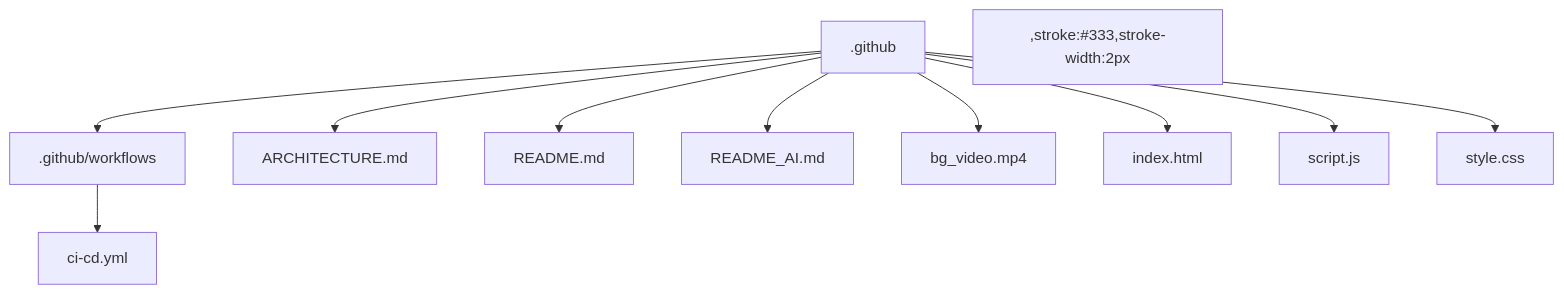
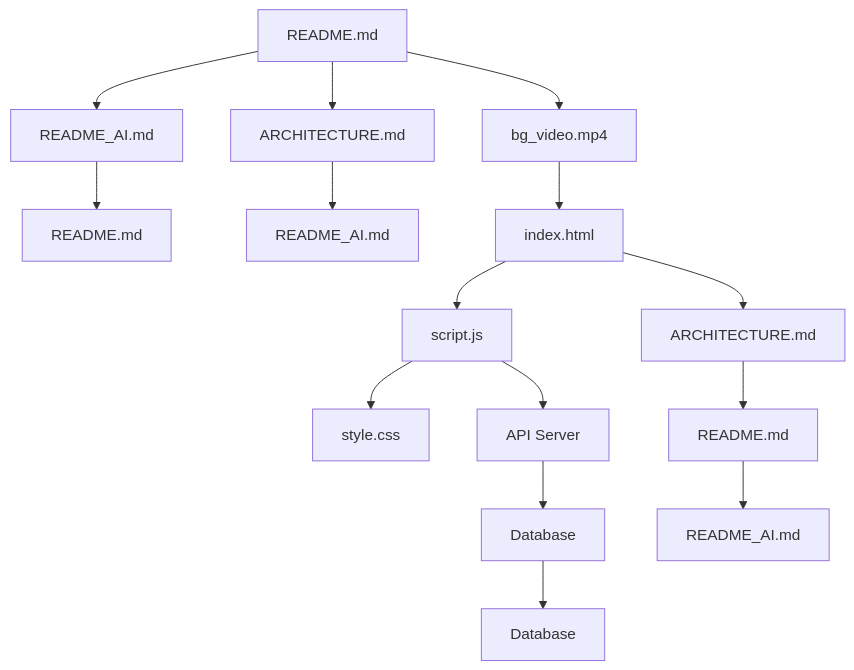
Before and after one commit to nirzaraghure/music-mood-app: the diagram in ARCHITECTURE.md, drawn with Mermaid.

Commit message:
🤖 GitGenius: AI-generated code fix

````diff
--- a/ARCHITECTURE.md
+++ b/ARCHITECTURE.md
@@ -3,21 +3,17 @@
 ```mermaid
 graph TD
-    A[.github] --> B[.github/workflows]
-    B --> C[ci-cd.yml]
-    A --> D[ARCHITECTURE.md]
-    A --> E[README.md]
-    A --> F[README_AI.md]
-    A --> G[bg_video.mp4]
-    A --> H[index.html]
-    A --> I[script.js]
-    A --> J[style.css]
-    ,stroke:#333,stroke-width:2px
-    ,stroke:#333,stroke-width:2px
-    ,stroke:#333,stroke-width:2px
-    ,stroke:#333,stroke-width:2px
-    ,stroke:#333,stroke-width:2px
-    ,stroke:#333,stroke-width:2px
-    ,stroke:#333,stroke-width:2px
-    ,stroke:#333,stroke-width:2px
-    ,stroke:#333,stroke-width:2px
+    A[README.md] --> B[README_AI.md]
+    A --> C[ARCHITECTURE.md]
+    B --> D[README.md]
+    C --> E[README_AI.md]
+    A --> F[bg_video.mp4]
+    F --> G[index.html]
+    G --> H[script.js]
+    H --> I[style.css]
+    G --> J[ARCHITECTURE.md]
+    J --> K[README.md]
+    H --> L[API Server]
+    L --> M[Database]
+    K --> N[README_AI.md]
+    M --> O[Database]
 ```
````
